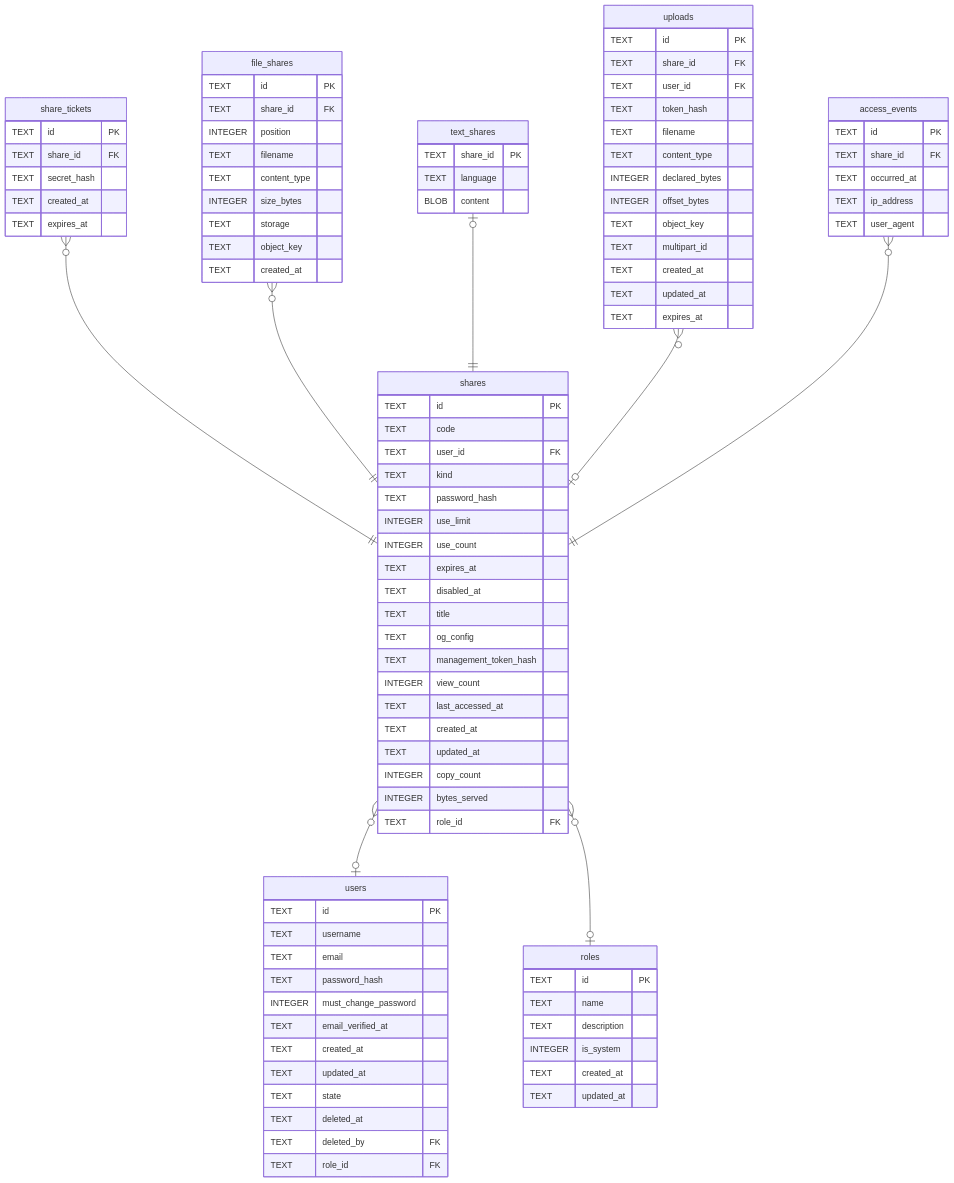
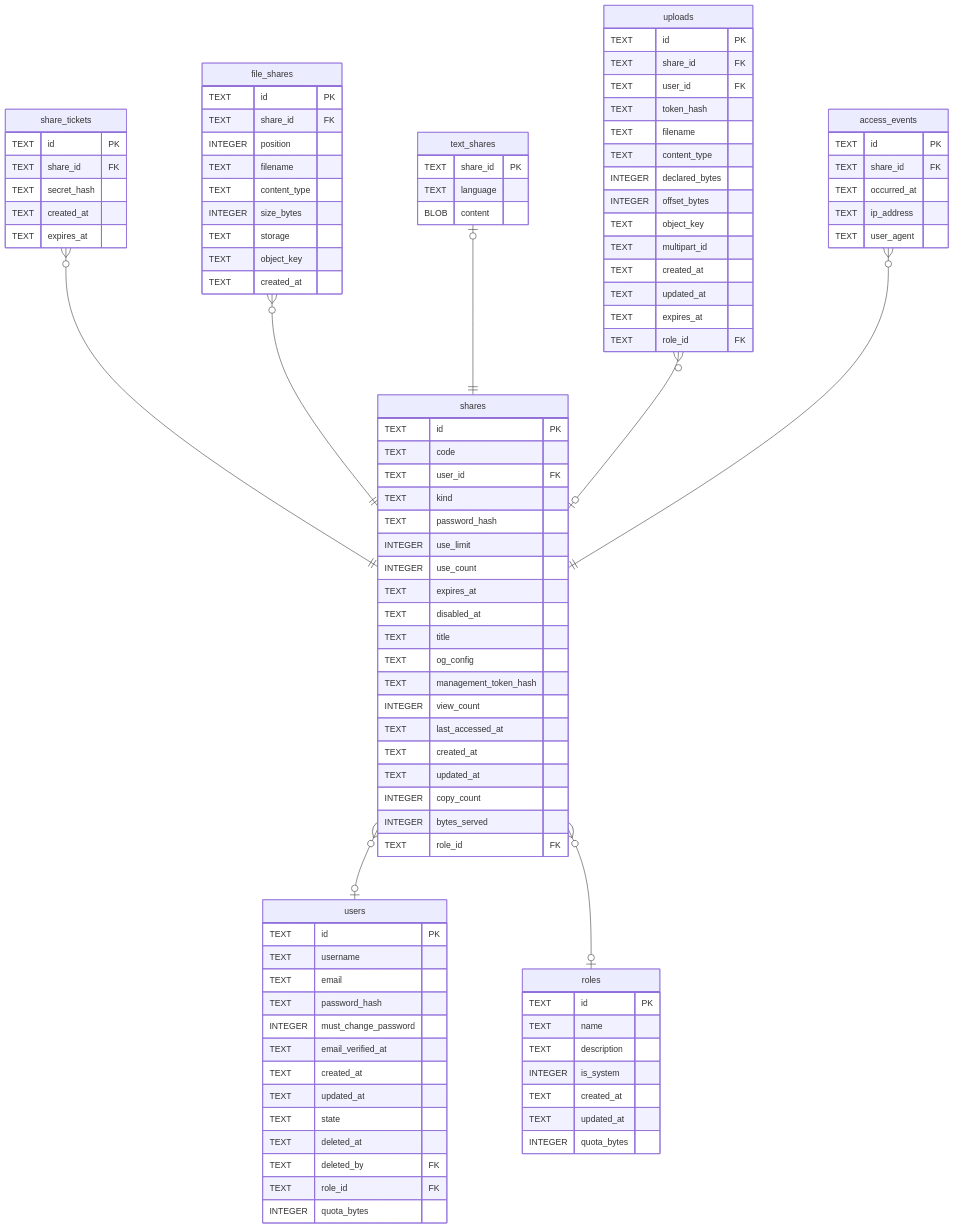
The diagram in docs/schema/shares.md (Limatura/tessera), drawn with Mermaid before and after one commit. The commit also changed 44 other files, not shown here.

````diff
--- a/docs/schema/shares.md
+++ b/docs/schema/shares.md
@@ -164,6 +164,7 @@
   TEXT created_at
   TEXT updated_at
   TEXT expires_at
+  TEXT role_id FK
 }
 "access_events" {
   TEXT id PK
@@ -185,6 +186,7 @@
   TEXT deleted_at
   TEXT deleted_by FK
   TEXT role_id FK
+  INTEGER quota_bytes
 }
 "roles" {
   TEXT id PK
@@ -193,5 +195,6 @@
   INTEGER is_system
   TEXT created_at
   TEXT updated_at
+  INTEGER quota_bytes
 }
 ```
````
